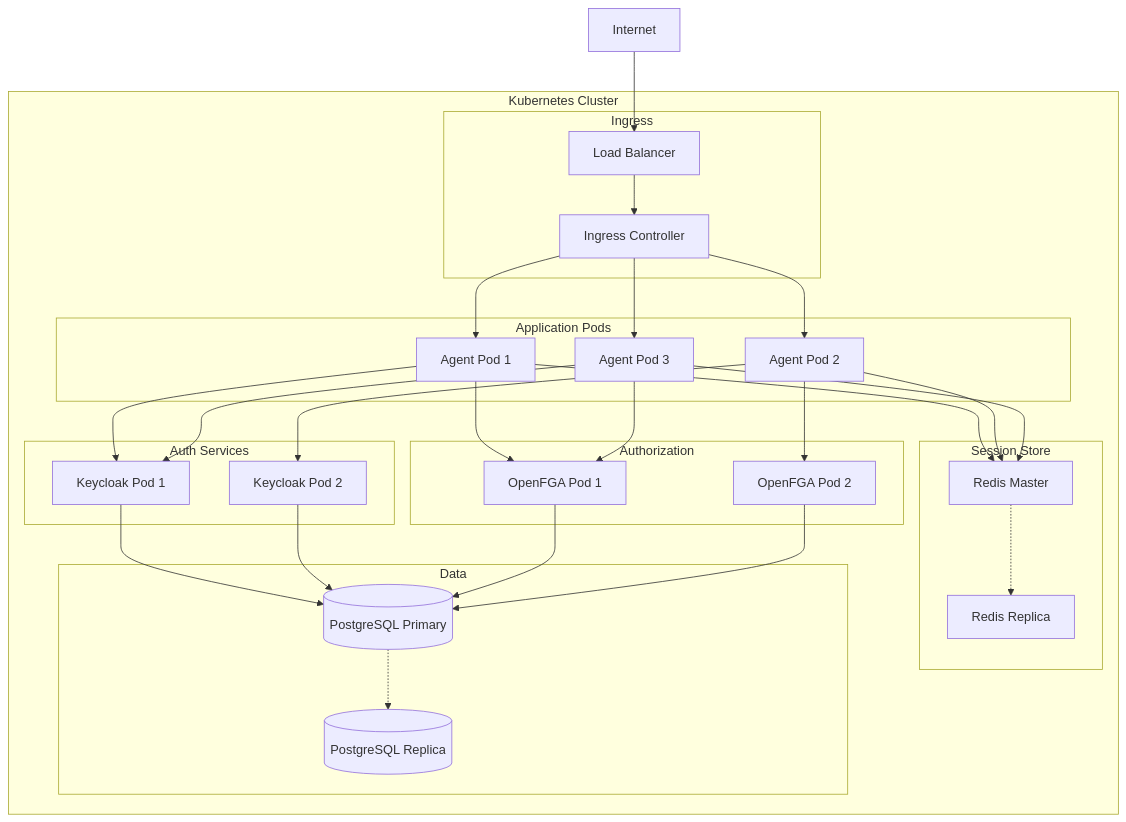
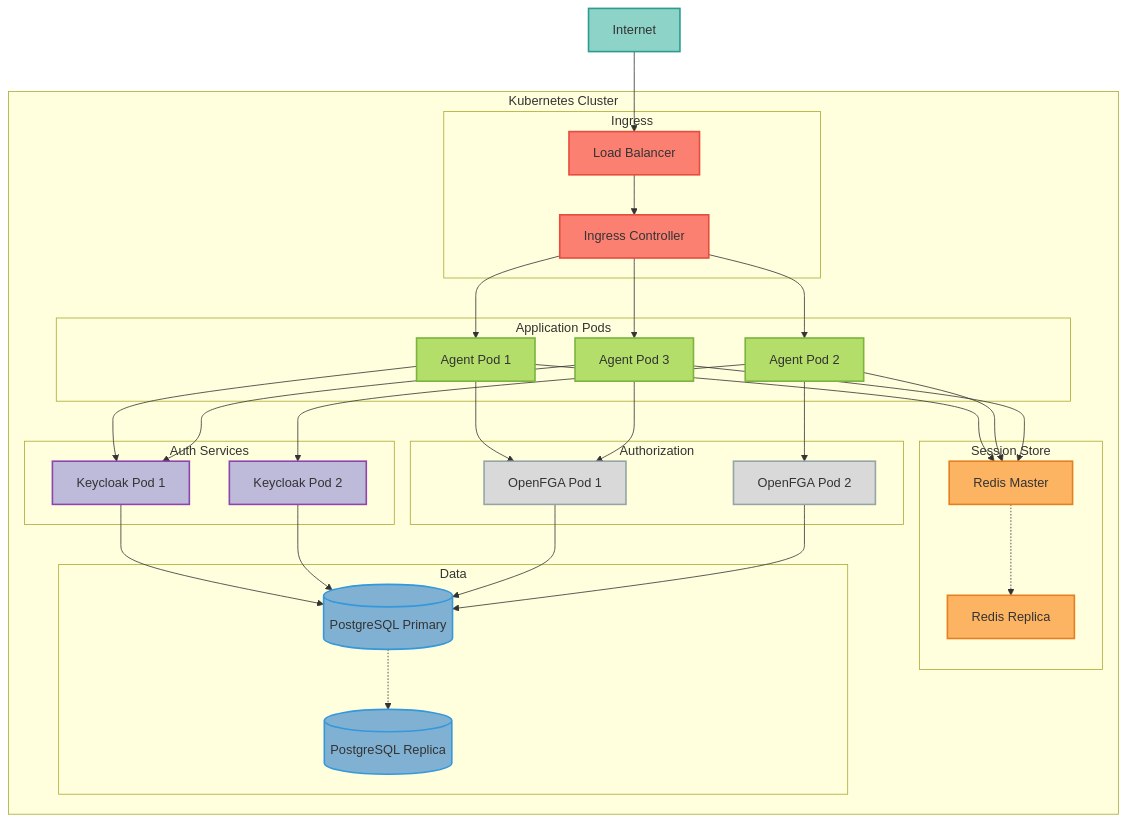
Before and after one commit to vishnu2kmohan/mcp-server-langgraph: the tenth of 10 diagrams in docs/getting-started/architecture.mdx, drawn with Mermaid. The commit also changed 20 other files, not shown here.

First line of the commit message:
feat(docs): complete Mermaid diagram optimization - dark mode + ASCII conversions

````diff
--- a/docs/getting-started/architecture.mdx
+++ b/docs/getting-started/architecture.mdx
@@ -721,58 +721,74 @@
 ```mermaid
 graph TB
     Internet[Internet]
 
     subgraph Kubernetes_Cluster["Kubernetes Cluster"]
         subgraph Ingress_Layer["Ingress"]
             LB[Load Balancer]
             IngressCtrl[Ingress Controller]
         end
 
         subgraph Application_Pods["Application Pods"]
             A1[Agent Pod 1]
             A2[Agent Pod 2]
             A3[Agent Pod 3]
         end
 
         subgraph Auth_Services["Auth Services"]
             KC1[Keycloak Pod 1]
             KC2[Keycloak Pod 2]
         end
 
         subgraph Session_Store["Session Store"]
             RM[Redis Master]
             RR[Redis Replica]
         end
 
         subgraph Authorization_Layer["Authorization"]
             FGA1[OpenFGA Pod 1]
             FGA2[OpenFGA Pod 2]
         end
 
         subgraph Data_Layer["Data"]
             PG[(PostgreSQL Primary)]
             PGR[(PostgreSQL Replica)]
         end
     end
 
     Internet --> LB
     LB --> IngressCtrl
     IngressCtrl --> A1
     IngressCtrl --> A2
     IngressCtrl --> A3
     A1 --> KC1
     A2 --> KC2
     A3 --> KC1
     A1 --> RM
     A2 --> RM
     A3 --> RM
     RM -.-> RR
     A1 --> FGA1
     A2 --> FGA2
     A3 --> FGA1
     KC1 --> PG
     KC2 --> PG
     FGA1 --> PG
     FGA2 --> PG
     PG -.-> PGR
+
+    classDef externalStyle fill:#8dd3c7,stroke:#2a9d8f,stroke-width:2px,color:#333
+    classDef ingressStyle fill:#fb8072,stroke:#e74c3c,stroke-width:2px,color:#333
+    classDef appStyle fill:#b3de69,stroke:#7cb342,stroke-width:2px,color:#333
+    classDef authStyle fill:#bebada,stroke:#8e44ad,stroke-width:2px,color:#333
+    classDef sessionStyle fill:#fdb462,stroke:#e67e22,stroke-width:2px,color:#333
+    classDef authzStyle fill:#d9d9d9,stroke:#95a5a6,stroke-width:2px,color:#333
+    classDef dataStyle fill:#80b1d3,stroke:#3498db,stroke-width:2px,color:#333
+
+    class Internet externalStyle
+    class LB,IngressCtrl ingressStyle
+    class A1,A2,A3 appStyle
+    class KC1,KC2 authStyle
+    class RM,RR sessionStyle
+    class FGA1,FGA2 authzStyle
+    class PG,PGR dataStyle
 ```
````
